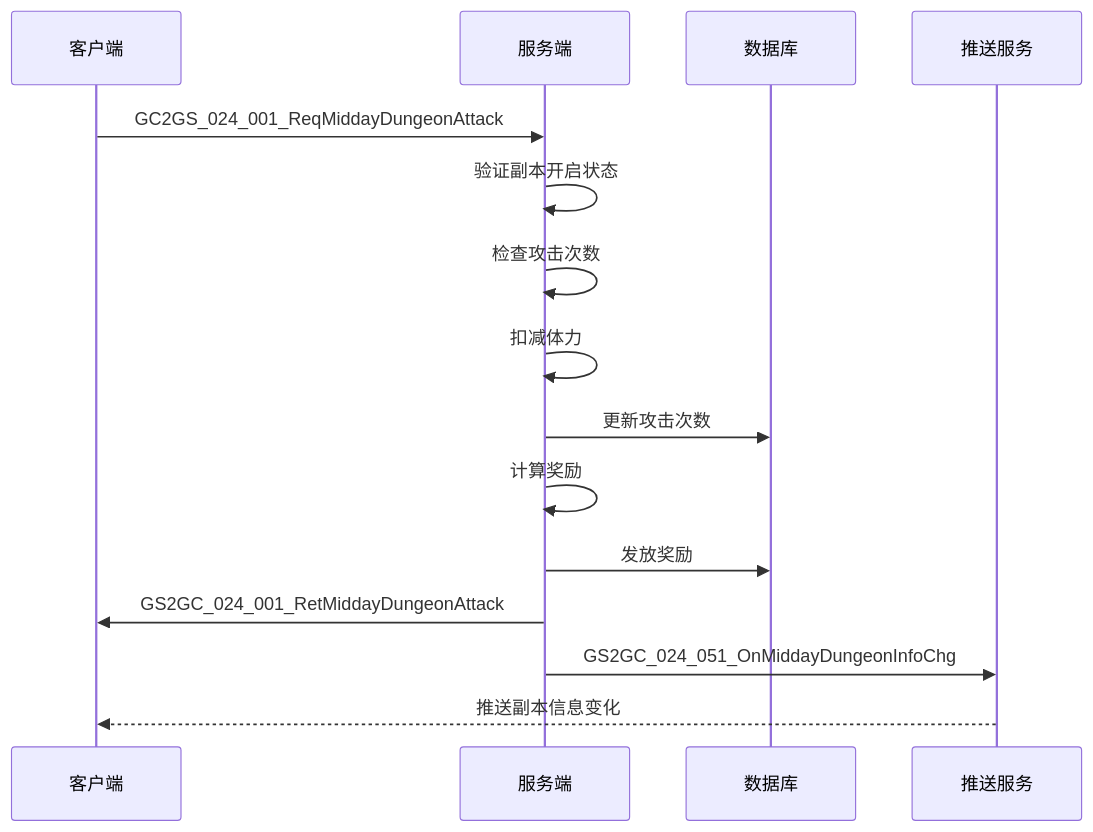
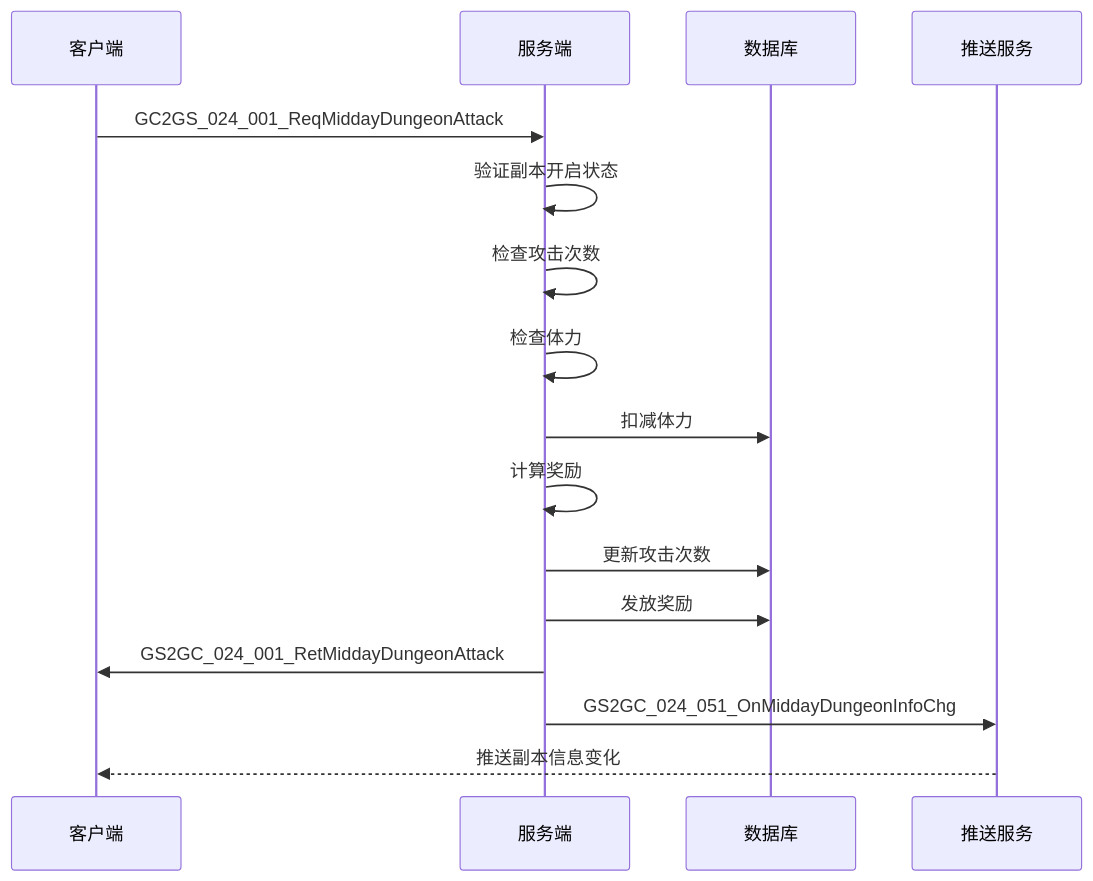
One commit to Alan-Ben/k2c_game_framework changed the sixth of 9 diagrams in docs/Module_Dungeon/02_协议文档.md. Above: the diagram before and after it, drawn with Mermaid. The commit also changed other lines of this file and 32 other files, not shown here.

````diff
--- a/docs/Module_Dungeon/02_协议文档.md
+++ b/docs/Module_Dungeon/02_协议文档.md
@@ -551,18 +885,19 @@
 ```mermaid
 sequenceDiagram
     participant Client as 客户端
     participant Server as 服务端
     participant DB as 数据库
     participant Push as 推送服务
 
     Client->>Server: GC2GS_024_001_ReqMiddayDungeonAttack
     Server->>Server: 验证副本开启状态
     Server->>Server: 检查攻击次数
-    Server->>Server: 扣减体力
+    Server->>Server: 检查体力
+    Server->>DB: 扣减体力
+    Server->>Server: 计算奖励
     Server->>DB: 更新攻击次数
-    Server->>Server: 计算奖励
     Server->>DB: 发放奖励
     Server->>Client: GS2GC_024_001_RetMiddayDungeonAttack
     Server->>Push: GS2GC_024_051_OnMiddayDungeonInfoChg
     Push-->>Client: 推送副本信息变化
 ```
````
